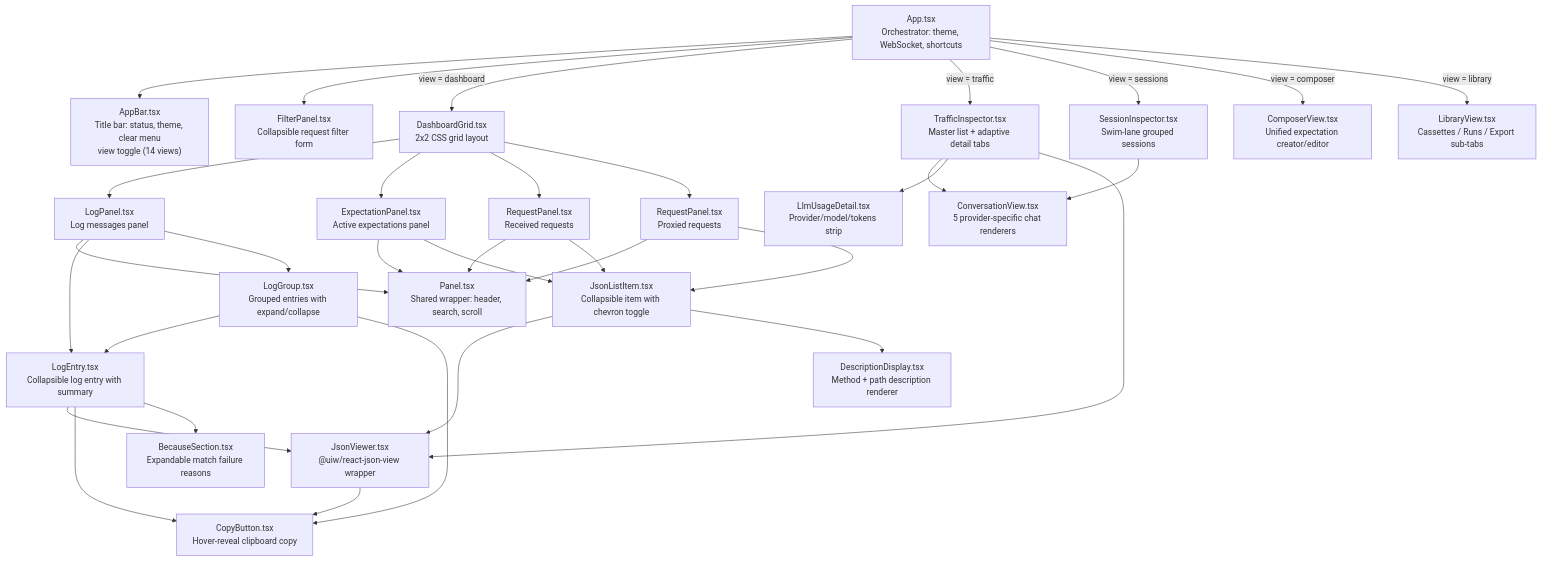
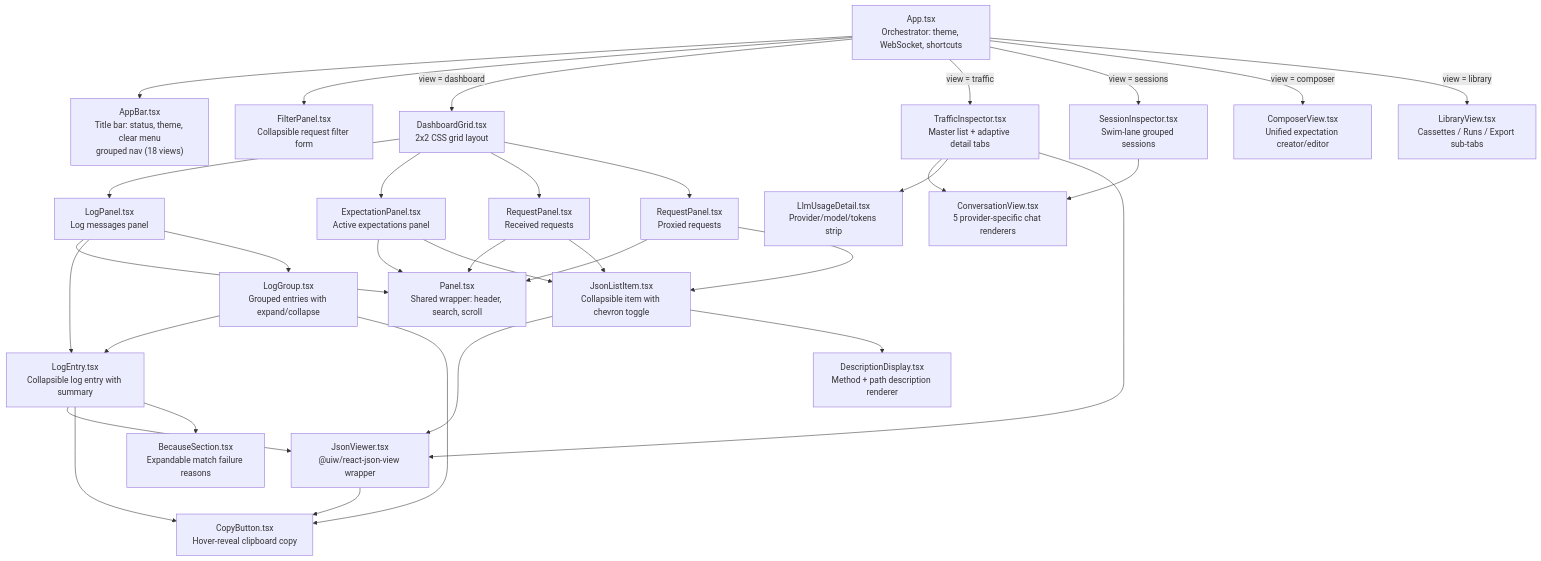
Before and after one commit to sean8601/mockserver-monorepo: the sixth of 7 diagrams in docs/code/dashboard-ui.md, drawn with Mermaid. The commit also changed other lines of this file and 3 other files, not shown here.

Commit message:
docs(code): refresh dashboard-ui nav/views, infra heap cap, client APIs

````diff
--- a/docs/code/dashboard-ui.md
+++ b/docs/code/dashboard-ui.md
@@ -687,81 +739,81 @@
 ```mermaid
 graph TB
     APP["App.tsx
 Orchestrator: theme, WebSocket, shortcuts"]
     AB["AppBar.tsx
 Title bar: status, theme, clear menu
-view toggle (14 views)"]
+grouped nav (18 views)"]
     FP["FilterPanel.tsx
 Collapsible request filter form"]
     DG["DashboardGrid.tsx
 2x2 CSS grid layout"]
     TI["TrafficInspector.tsx
 Master list + adaptive detail tabs"]
     SI["SessionInspector.tsx
 Swim-lane grouped sessions"]
     CV["ComposerView.tsx
 Unified expectation creator/editor"]
     LV["LibraryView.tsx
 Cassettes / Runs / Export sub-tabs"]
     CVW["ConversationView.tsx
 5 provider-specific chat renderers"]
     LUD["LlmUsageDetail.tsx
 Provider/model/tokens strip"]
     LP["LogPanel.tsx
 Log messages panel"]
     EP["ExpectationPanel.tsx
 Active expectations panel"]
     RP1["RequestPanel.tsx
 Received requests"]
     RP2["RequestPanel.tsx
 Proxied requests"]
     P["Panel.tsx
 Shared wrapper: header, search, scroll"]
     LE["LogEntry.tsx
 Collapsible log entry with summary"]
     LG["LogGroup.tsx
 Grouped entries with expand/collapse"]
     JLI["JsonListItem.tsx
 Collapsible item with chevron toggle"]
     JV["JsonViewer.tsx
 @uiw/react-json-view wrapper"]
     CB["CopyButton.tsx
 Hover-reveal clipboard copy"]
     DD["DescriptionDisplay.tsx
 Method + path description renderer"]
     BS["BecauseSection.tsx
 Expandable match failure reasons"]
 
     APP --> AB
     APP --> FP
     APP -->|view = dashboard| DG
     APP -->|view = traffic| TI
     APP -->|view = sessions| SI
     APP -->|view = composer| CV
     APP -->|view = library| LV
     TI --> CVW
     TI --> LUD
     TI --> JV
     SI --> CVW
     DG --> LP
     DG --> EP
     DG --> RP1
     DG --> RP2
     LP --> P
     EP --> P
     RP1 --> P
     RP2 --> P
     LP --> LE
     LP --> LG
     LG --> LE
     EP --> JLI
     RP1 --> JLI
     RP2 --> JLI
     JLI --> JV
     JLI --> DD
     LE --> JV
     LE --> CB
     LE --> BS
     LG --> CB
     JV --> CB
 ```
````
